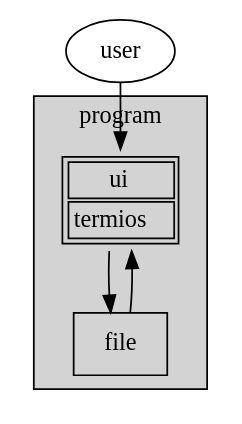
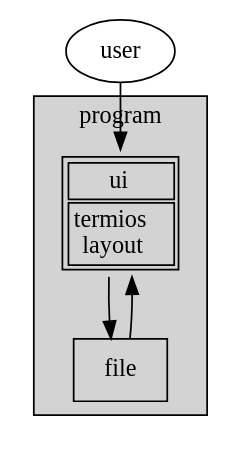
The diagram in uml/main.dot (mikolaj33300/swop_textr), drawn with Graphviz before and after one commit. The commit also changed 2 other files, not shown here.

Commit message:
add: creators for diagrams

```diff
--- a/uml/main.dot
+++ b/uml/main.dot
@@ -1,15 +1,15 @@
 digraph {
 	user
 	subgraph cluster_0 {
 		style=filled;
 		label=program;
 		ui[label = 
 		<<table>
 		<tr><td>ui</td></tr>
-		<tr><td>termios</td></tr>
+		<tr><td>termios<br/>layout</td></tr>
 		</table>>, shape=none]
 		file[shape=box]
 		ui -> file -> ui
 	}
 	user -> ui
 }
```
